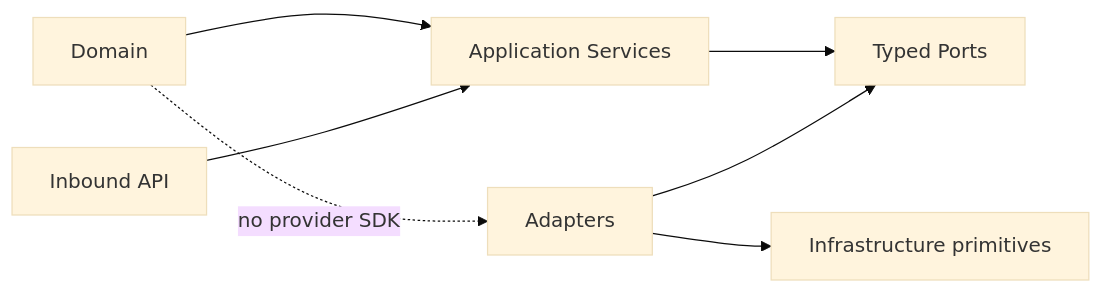
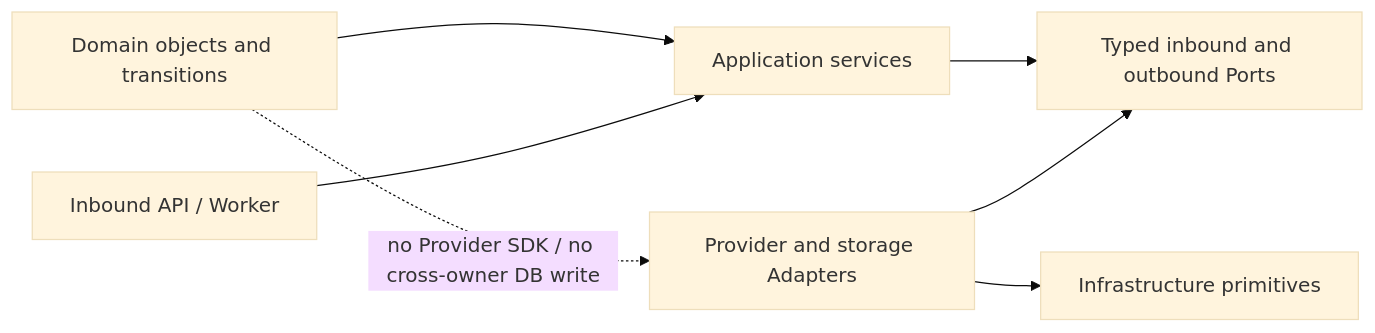
The fifth of 30 diagrams in .agent/architecture/architecture-views.md (ProfessorZhi/Zuno), drawn with Mermaid (base theme) before and after one commit. The commit also changed other lines of this file and 22 other files, not shown here.

Commit message:
docs: realign total architecture with canonical modules

````diff
--- a/.agent/architecture/architecture-views.md
+++ b/.agent/architecture/architecture-views.md
@@ -78,9 +89,9 @@
 ```mermaid
 flowchart LR
-  Domain[Domain] --> Application[Application Services]
-  Application --> Ports[Typed Ports]
-  Adapters[Adapters] --> Ports
-  Adapters --> Platform[Infrastructure primitives]
-  API[Inbound API] --> Application
-  Domain -.->|no provider SDK| Adapters
+  DOMAIN[Domain objects and transitions] --> APP[Application services]
+  APP --> PORTS[Typed inbound and outbound Ports]
+  ADAPTERS[Provider and storage Adapters] --> PORTS
+  ADAPTERS --> INFRA[Infrastructure primitives]
+  API[Inbound API / Worker] --> APP
+  DOMAIN -.->|no Provider SDK / no cross-owner DB write| ADAPTERS
 ```
````
